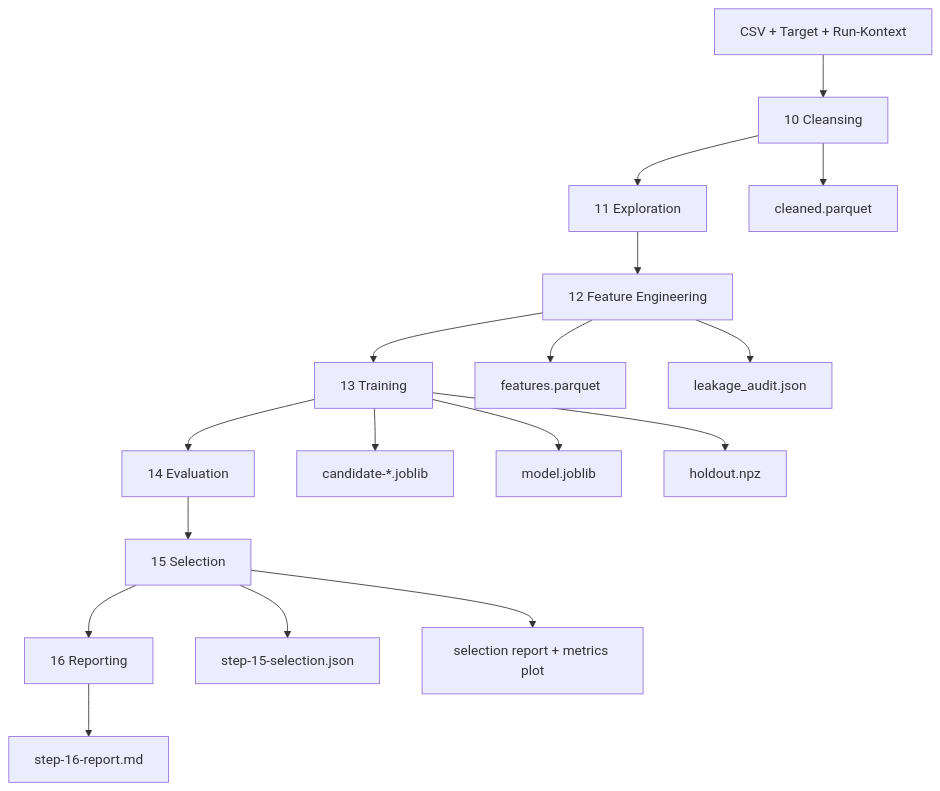
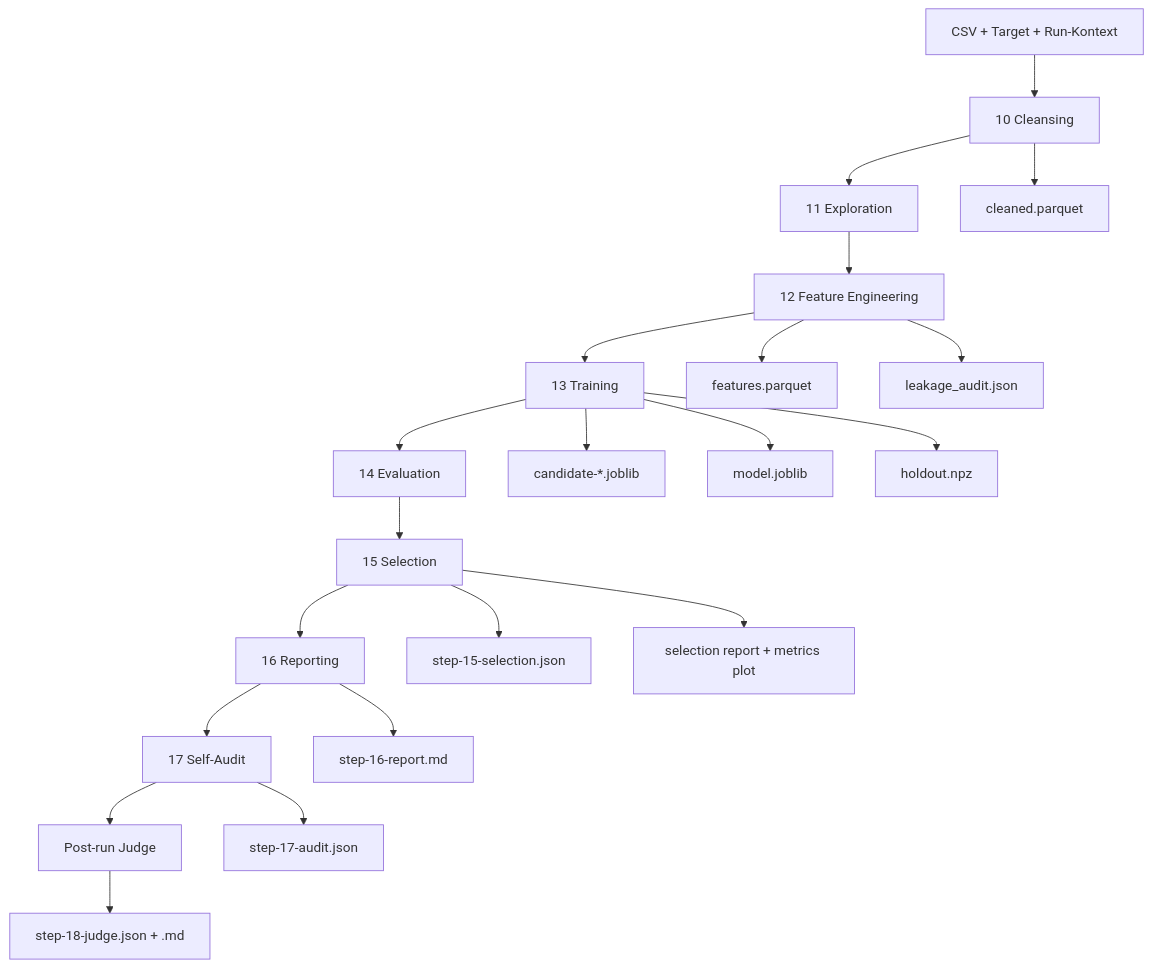
The first of 2 diagrams in SYSTEM-DOCUMENTATION.md (FelixTCP/data-forecast-generator_kip), drawn with Mermaid before and after one commit. The commit also changed other lines of this file and 1 other file, not shown here.

Commit message:
dokumentation judge agent aktualisiert

````diff
--- a/SYSTEM-DOCUMENTATION.md
+++ b/SYSTEM-DOCUMENTATION.md
@@ -258,20 +284,24 @@
 ```mermaid
 flowchart TD
     A["CSV + Target + Run-Kontext"] --> C["10 Cleansing"]
     C --> D["11 Exploration"]
     D --> E["12 Feature Engineering"]
     E --> F["13 Training"]
     F --> G["14 Evaluation"]
     G --> H["15 Selection"]
     H --> I["16 Reporting"]
+    I --> J["17 Self-Audit"]
+    J --> K["Post-run Judge"]
 
     C --> C1["cleaned.parquet"]
     E --> E1["features.parquet"]
     E --> E2["leakage_audit.json"]
     F --> F1["candidate-*.joblib"]
     F --> F2["model.joblib"]
     F --> F3["holdout.npz"]
     H --> H1["step-15-selection.json"]
     H --> H2["selection report + metrics plot"]
     I --> I1["step-16-report.md"]
+    J --> J1["step-17-audit.json"]
+    K --> K1["step-18-judge.json + .md"]
 ```
````
